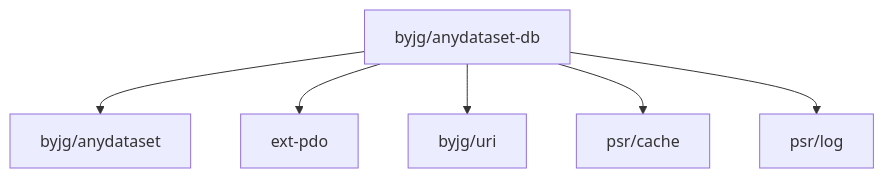
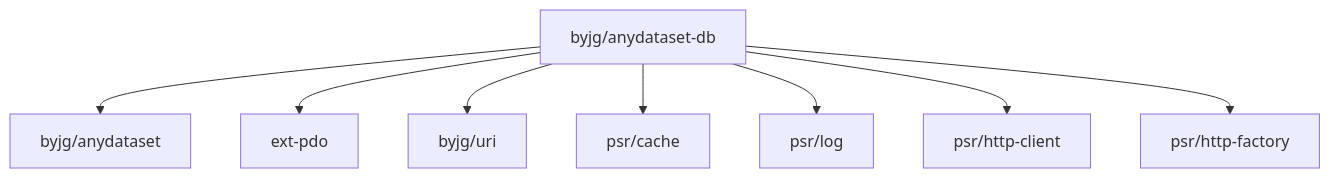
The diagram in README.md (byjg/php-anydataset-db), drawn with Mermaid before and after one commit. The commit also changed other lines of this file and 14 other files, not shown here.

````diff
--- a/README.md
+++ b/README.md
@@ -96,8 +98,10 @@
 ```mermaid
 flowchart TD
     byjg/anydataset-db --> byjg/anydataset
     byjg/anydataset-db --> ext-pdo
     byjg/anydataset-db --> byjg/uri
     byjg/anydataset-db --> psr/cache
     byjg/anydataset-db --> psr/log
+    byjg/anydataset-db --> psr/http-client
+    byjg/anydataset-db --> psr/http-factory
 ```
````
